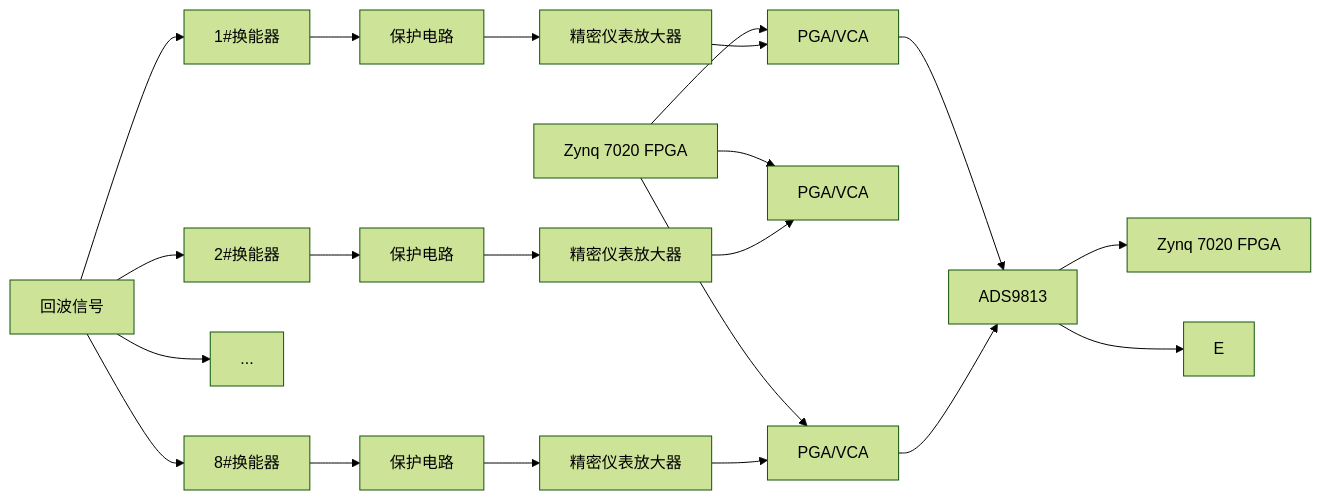
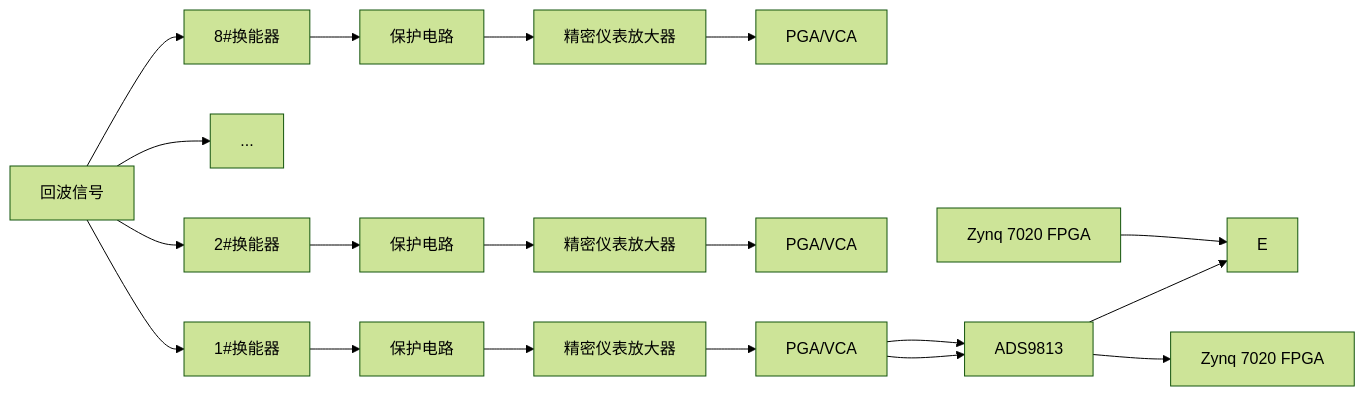
The diagram in all/多通道同步采集-1.md (Rukawa15/iodraw-files), drawn with Mermaid (forest theme) before and after one commit.

Commit message:
2025-06-19 14:12:05 update

````diff
--- a/all/多通道同步采集-1.md
+++ b/all/多通道同步采集-1.md
@@ -1,25 +1,24 @@
 ```mermaid
 graph LR
 A[回波信号]
 A --> B1[1#换能器]
 A --> B2[2#换能器]
 A --> ...
 A --> B8[8#换能器]
 B1 --> C1[保护电路]
 B2 --> C2[保护电路]
 B8 --> C8[保护电路]
-H[Zynq 7020 FPGA] --> E1
-H[Zynq 7020 FPGA] --> E2
-H[Zynq 7020 FPGA] --> E8
+H[Zynq 7020 FPGA] --> E
 C1 --> D1[精密仪表放大器]
 C2 --> D2[精密仪表放大器] 
 C8 --> D8[精密仪表放大器] 
 D1 --> E1[PGA/VCA]
 D2 --> E2[PGA/VCA] 
 D8 --> E8[PGA/VCA] 
 E1 --> F[ADS9813]
-E8 --> F[ADS9813] 
+E1 --> F[ADS9813] 
+
 F --> G[Zynq 7020 FPGA]
 F --> E
 
 ```
````
